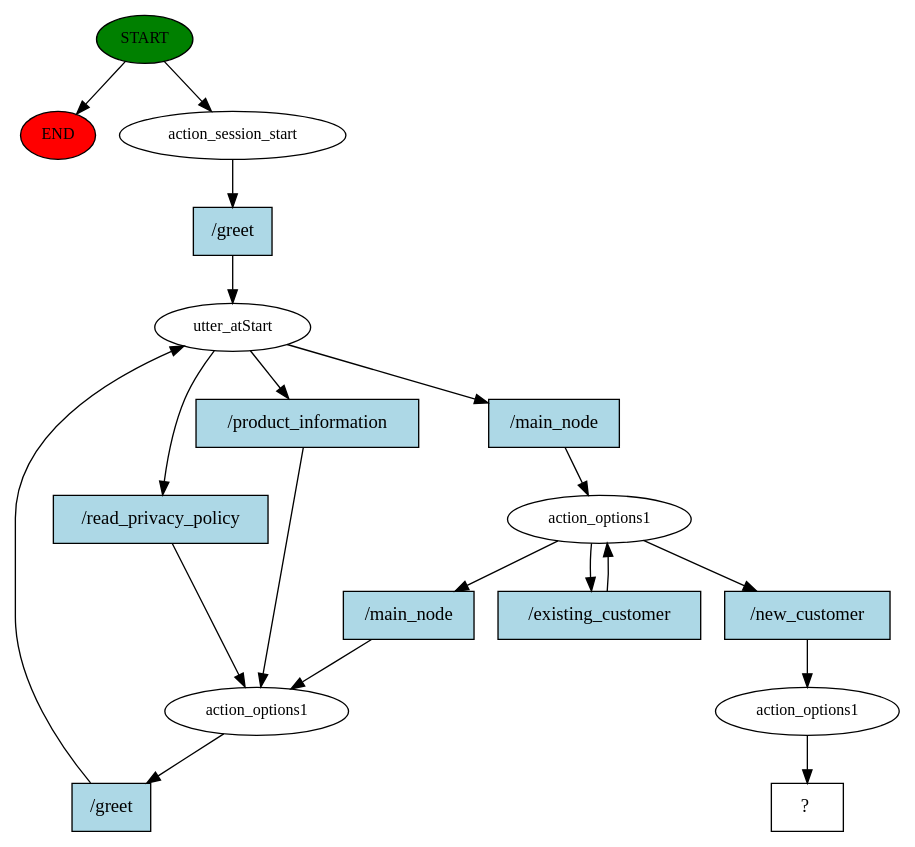
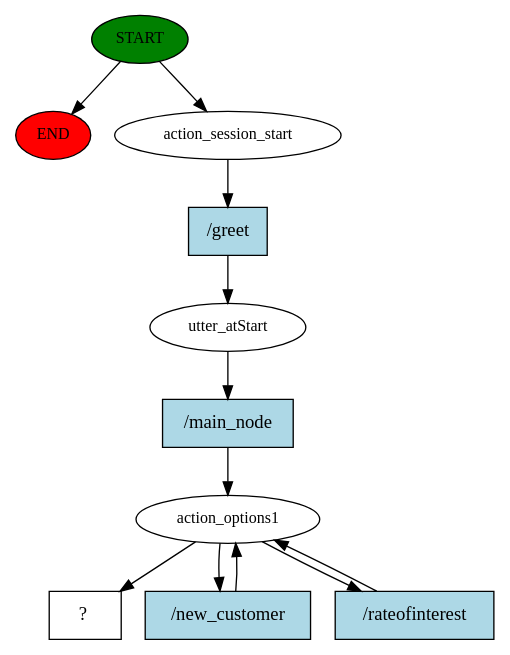
The diagram in gplexRasa/story_graph.dot (ehzawad/lanka_bangla), drawn with Graphviz before and after one commit. The commit also changed 11 other files, not shown here.

```diff
--- a/gplexRasa/story_graph.dot
+++ b/gplexRasa/story_graph.dot
@@ -1,37 +1,23 @@
 digraph  {
 0 [class="start active", fillcolor=green, fontsize=12, label=START, style=filled];
 "-1" [class=end, fillcolor=red, fontsize=12, label=END, style=filled];
 1 [class=active, fontsize=12, label=action_session_start];
 2 [class=active, fontsize=12, label=utter_atStart];
 3 [class=active, fontsize=12, label=action_options1];
-5 [class=active, fontsize=12, label=action_options1];
-12 [class=active, fontsize=12, label=action_options1];
-13 [class="intent dashed active", label="  ?  ", shape=rect];
-14 [class="intent active", fillcolor=lightblue, label="/greet", shape=rect, style=filled];
-15 [class="intent active", fillcolor=lightblue, label="/read_privacy_policy", shape=rect, style=filled];
-16 [class="intent active", fillcolor=lightblue, label="/product_information", shape=rect, style=filled];
-17 [class="intent active", fillcolor=lightblue, label="/main_node", shape=rect, style=filled];
-18 [class="intent active", fillcolor=lightblue, label="/greet", shape=rect, style=filled];
-19 [class="intent active", fillcolor=lightblue, label="/main_node", shape=rect, style=filled];
-20 [class="intent active", fillcolor=lightblue, label="/existing_customer", shape=rect, style=filled];
-21 [class="intent active", fillcolor=lightblue, label="/new_customer", shape=rect, style=filled];
+6 [class="intent dashed active", label="  ?  ", shape=rect];
+7 [class="intent active", fillcolor=lightblue, label="/greet", shape=rect, style=filled];
+8 [class="intent active", fillcolor=lightblue, label="/main_node", shape=rect, style=filled];
+9 [class="intent active", fillcolor=lightblue, label="/new_customer", shape=rect, style=filled];
+10 [class="intent active", fillcolor=lightblue, label="/rateofinterest", shape=rect, style=filled];
 0 -> "-1"  [class="", key=NONE, label=""];
 0 -> 1  [class=active, key=NONE, label=""];
-1 -> 14  [class=active, key=0];
-2 -> 15  [class=active, key=0];
-2 -> 16  [class=active, key=0];
-2 -> 17  [class=active, key=0];
-3 -> 18  [class=active, key=0];
-5 -> 19  [class=active, key=0];
-5 -> 20  [class=active, key=0];
-5 -> 21  [class=active, key=0];
-12 -> 13  [class=active, key=NONE, label=""];
-14 -> 2  [class=active, key=0];
-15 -> 3  [class=active, key=0];
-16 -> 3  [class=active, key=0];
-17 -> 5  [class=active, key=0];
-18 -> 2  [class=active, key=0];
-19 -> 3  [class=active, key=0];
-20 -> 5  [class=active, key=0];
-21 -> 12  [class=active, key=0];
+1 -> 7  [class=active, key=0];
+2 -> 8  [class=active, key=0];
+3 -> 6  [class=active, key=NONE, label=""];
+3 -> 9  [class=active, key=0];
+3 -> 10  [class=active, key=0];
+7 -> 2  [class=active, key=0];
+8 -> 3  [class=active, key=0];
+9 -> 3  [class=active, key=0];
+10 -> 3  [class=active, key=0];
 }
```
